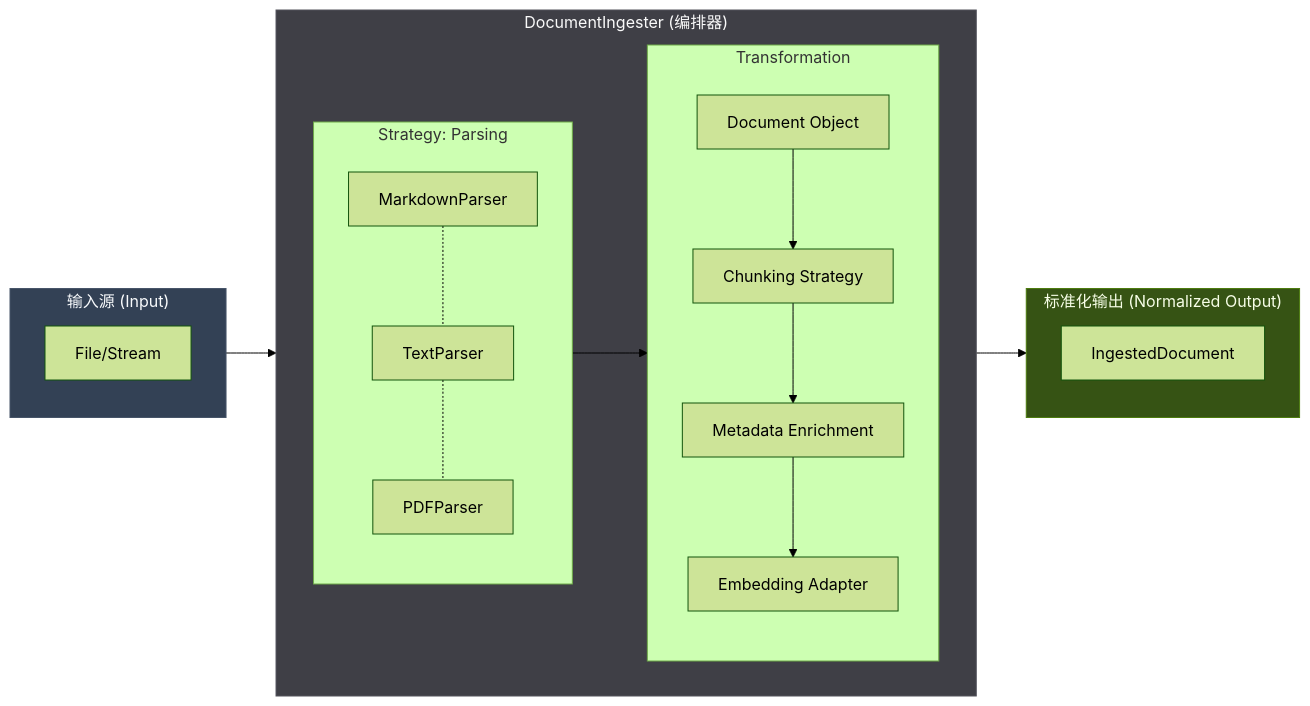
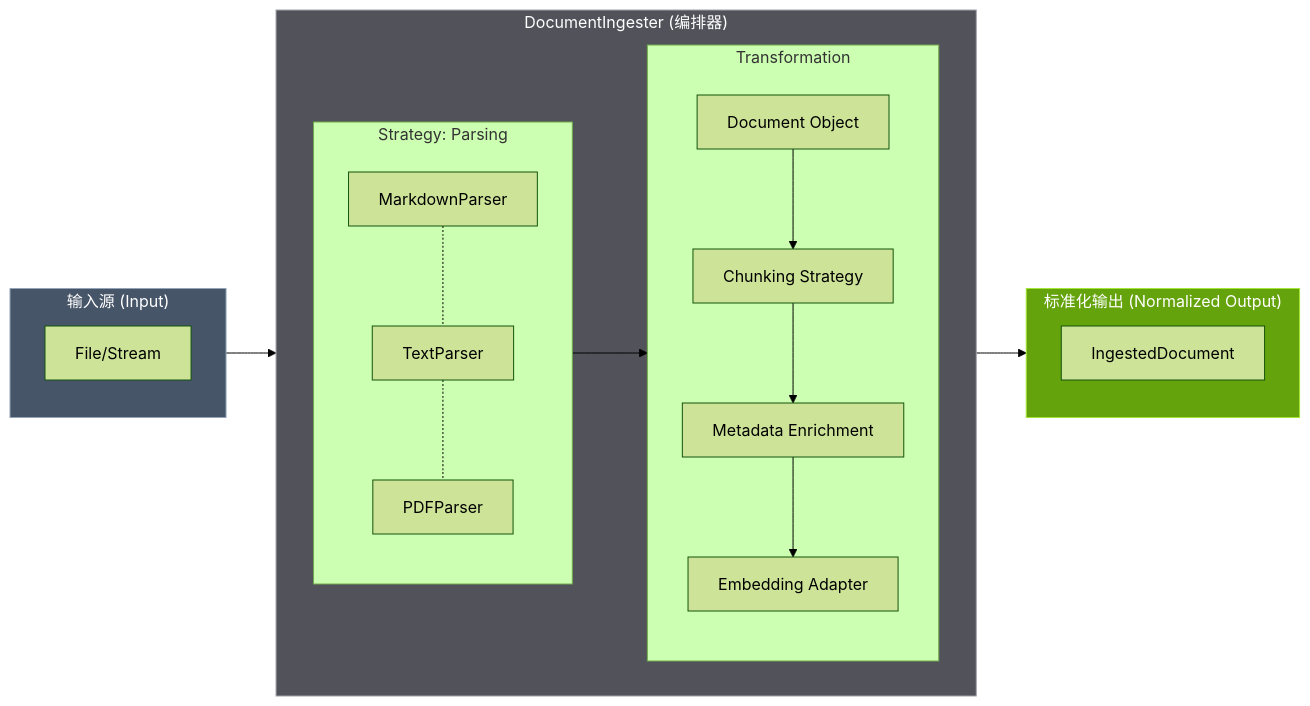
One commit to ThreeFish-AI/agentic-ai-papers changed the sixth of 12 diagrams in docs/engine/030-the-perception.md. Above: the diagram before and after it, drawn with Mermaid (forest theme). The commit also changed other lines of this file, not shown here.

First line of the commit message:
docs(perception): 优化 Mermaid 图表样式;

````diff
--- a/docs/engine/030-the-perception.md
+++ b/docs/engine/030-the-perception.md
@@ -742,45 +748,45 @@
 ```mermaid
 flowchart LR
     subgraph Input["输入源 (Input)"]
         File[File/Stream]
     end
 
     subgraph Orchestrator["DocumentIngester (编排器)"]
         direction LR
 
         subgraph Parser["Strategy: Parsing"]
             direction TB
 
             MP[MarkdownParser]
             TP[TextParser]
             PP[PDFParser]
 
             MP -.- TP -.- PP
         end
 
         subgraph Transform["Transformation"]
             direction TB
 
             Doc[Document Object]
             Chunker[Chunking Strategy]
             Meta[Metadata Enrichment]
             Embed[Embedding Adapter]
 
             Doc --> Chunker
             Chunker --> Meta
             Meta --> Embed
         end
     end
 
     subgraph Output["标准化输出 (Normalized Output)"]
         ID[IngestedDocument]
     end
 
     Input --> Parser
     Parser --> Transform
     Transform --> Output
 
-    style Input fill:#334155,stroke:#475569,color:#f8fafc
-    style Orchestrator fill:#3f3f46,stroke:#52525b,color:#fafafa
-    style Output fill:#365314,stroke:#4d7c0f,color:#f7fee7
+    style Input fill:#475569,stroke:#94a3b8,color:#fff
+    style Orchestrator fill:#52525b,stroke:#a1a1aa,color:#fff
+    style Output fill:#65a30d,stroke:#a3e635,color:#fff
 ```
````
